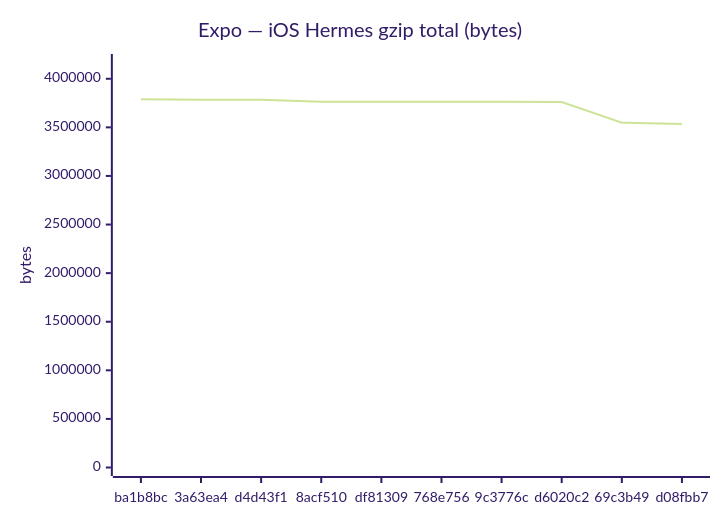
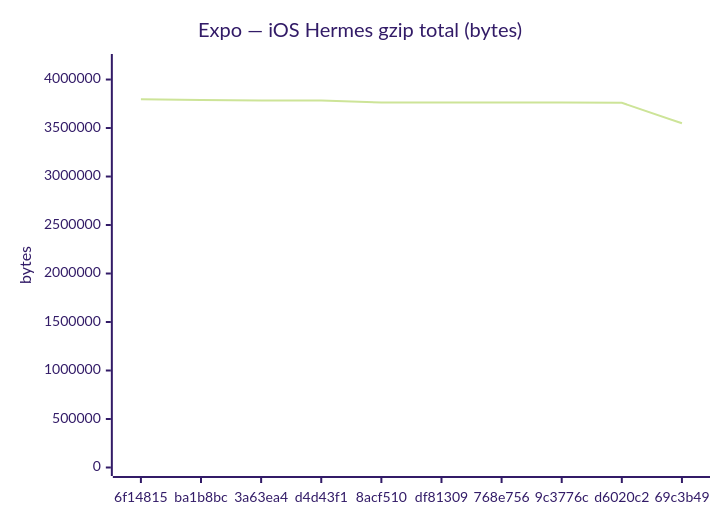
The sixth of 18 diagrams in benchmarks/compare.md (Metaheurist/Rianell), drawn with Mermaid (forest theme) before and after one commit. The commit also changed other lines of this file and 11 other files, not shown here.

````diff
--- a/benchmarks/compare.md
+++ b/benchmarks/compare.md
@@ -96,7 +96,7 @@
 ```mermaid
 xychart-beta
     title "Expo — iOS Hermes gzip total (bytes)"
-    x-axis ["ba1b8bc", "3a63ea4", "d4d43f1", "8acf510", "df81309", "768e756", "9c3776c", "d6020c2", "69c3b49", "d08fbb7"]
-    y-axis "bytes" 0 --> 4167378
-    line [3788525, 3783517, 3783520, 3762734, 3762736, 3762498, 3762733, 3759872, 3548602, 3534279]
+    x-axis ["6f14815", "ba1b8bc", "3a63ea4", "d4d43f1", "8acf510", "df81309", "768e756", "9c3776c", "d6020c2", "69c3b49"]
+    y-axis "bytes" 0 --> 4175606
+    line [3796005, 3788525, 3783517, 3783520, 3762734, 3762736, 3762498, 3762733, 3759872, 3548602]
 ```
````
